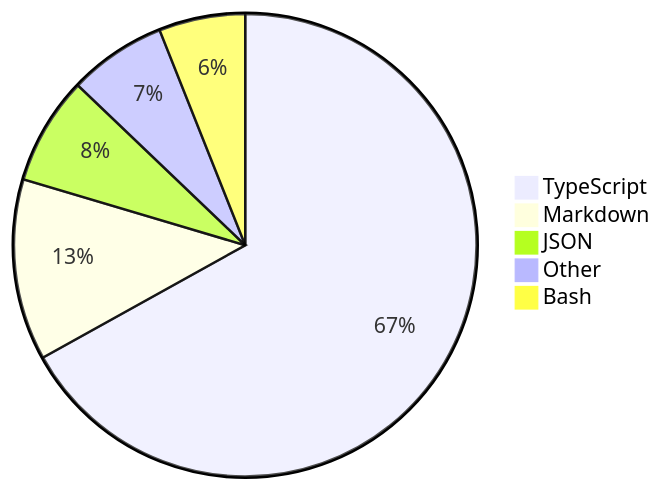
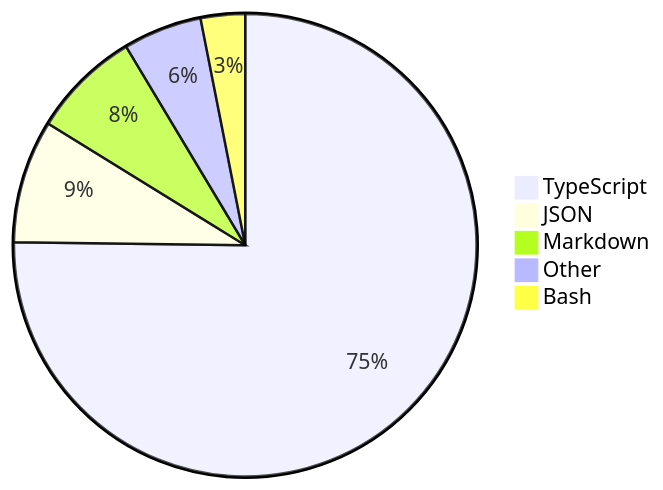
The diagram in README.md (skvggor/skvggor), drawn with Mermaid before and after one commit.

Commit message:
Updated waka-readme graph with new metrics

````diff
--- a/README.md
+++ b/README.md
@@ -28,8 +28,8 @@
 ```mermaid
 pie
-    "TypeScript" : 66.6
-    "Markdown" : 12.6
-    "JSON" : 7.5
-    "Other" : 6.8
-    "Bash" : 6.0
+    "TypeScript" : 75.2
+    "JSON" : 8.6
+    "Markdown" : 7.6
+    "Other" : 5.5
+    "Bash" : 3.1
 ```
````
